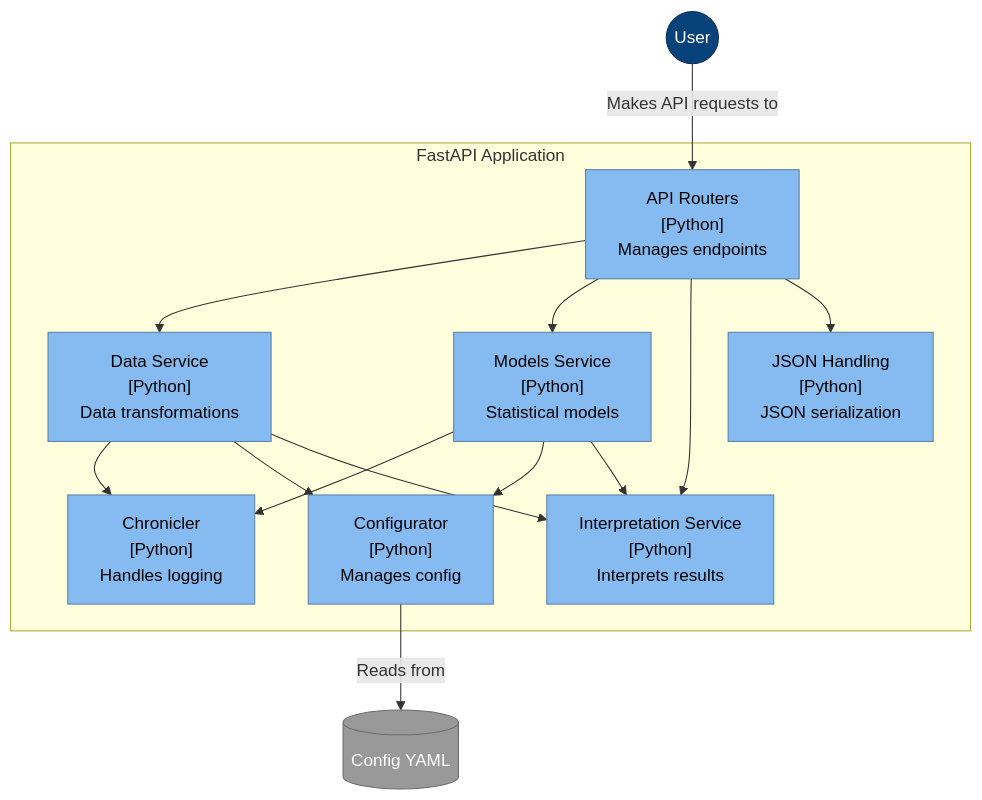
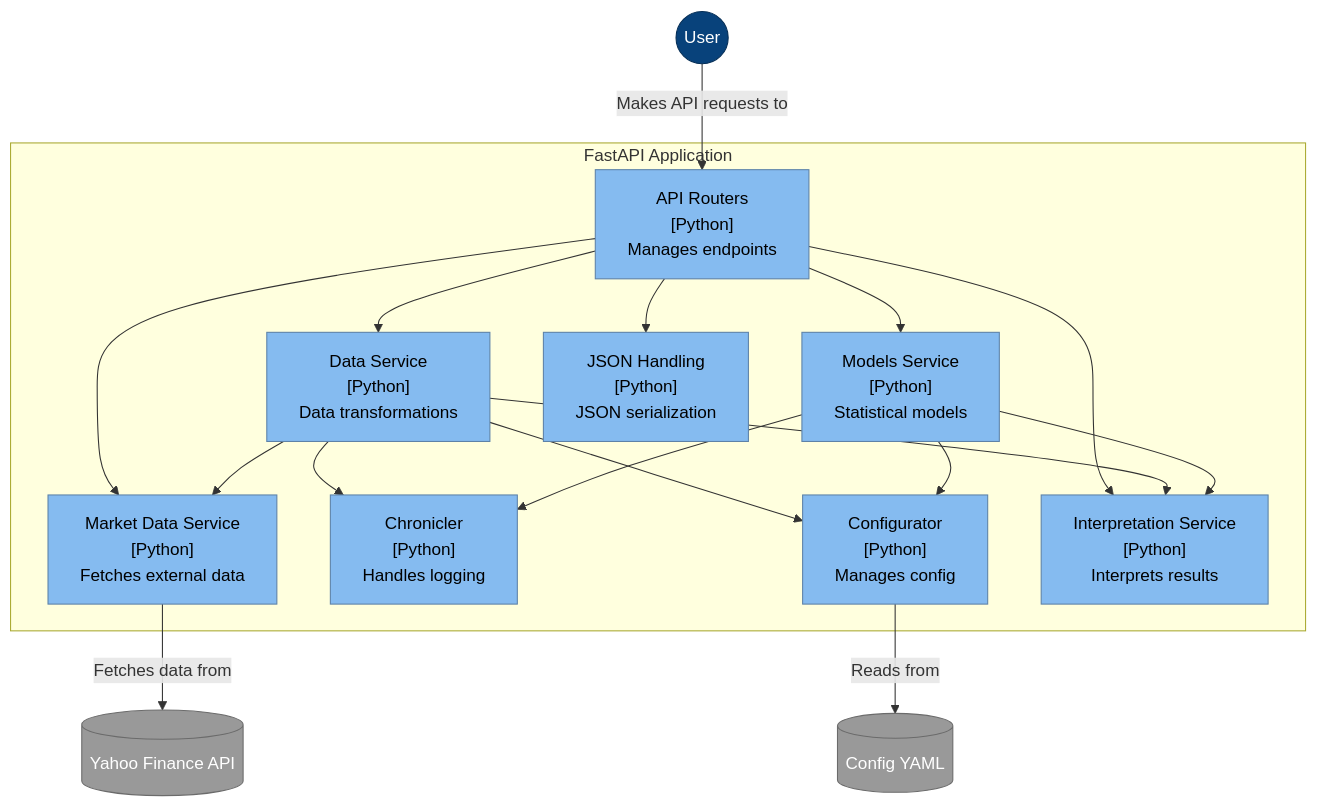
One commit to garthmortensen/timeseries-api changed the third of 5 diagrams in README.md. Above: the diagram before and after it, drawn with Mermaid. The commit also changed other lines of this file, not shown here.

````diff
--- a/README.md
+++ b/README.md
@@ -278,41 +280,46 @@
 ```mermaid
 flowchart TB
     %% Styling
     classDef person fill:#08427B,color:#fff,stroke:#052E56,stroke-width:1px
     classDef component fill:#85BBF0,color:#000,stroke:#5D82A8,stroke-width:1px
     classDef container fill:#438DD5,color:#fff,stroke:#2E6295,stroke-width:1px
     classDef external fill:#999999,color:#fff,stroke:#6B6B6B,stroke-width:1px
     
     %% Person
     User((User)):::person
     
     %% API Container
     subgraph FastAPI["FastAPI Application"]
         APIRouters["API Routers<br>[Python]<br>Manages endpoints"]:::component
         DataService["Data Service<br>[Python]<br>Data transformations"]:::component
         ModelsService["Models Service<br>[Python]<br>Statistical models"]:::component
+        MarketDataService["Market Data Service<br>[Python]<br>Fetches external data"]:::component
         ChroniclerUtil["Chronicler<br>[Python]<br>Handles logging"]:::component
         ConfigUtil["Configurator<br>[Python]<br>Manages config"]:::component
         InterpretationService["Interpretation Service<br>[Python]<br>Interprets results"]:::component
         JsonHandling["JSON Handling<br>[Python]<br>JSON serialization"]:::component
         
         %% Component relationships
         APIRouters --> DataService
         APIRouters --> ModelsService
+        APIRouters --> MarketDataService
         APIRouters --> InterpretationService
+        DataService --> MarketDataService
         DataService --> ChroniclerUtil
         ModelsService --> ChroniclerUtil
         DataService --> ConfigUtil
         ModelsService --> ConfigUtil
         APIRouters --> JsonHandling
         DataService --> InterpretationService
         ModelsService --> InterpretationService
     end
     
     %% External
     ConfigFile[(Config YAML)]:::external
+    ExternalMarketSource[(Yahoo Finance API)]:::external
     
     %% Relationships
     User -- "Makes API requests to" --> APIRouters
     ConfigUtil -- "Reads from" --> ConfigFile
+    MarketDataService -- "Fetches data from" --> ExternalMarketSource
 ```
````
